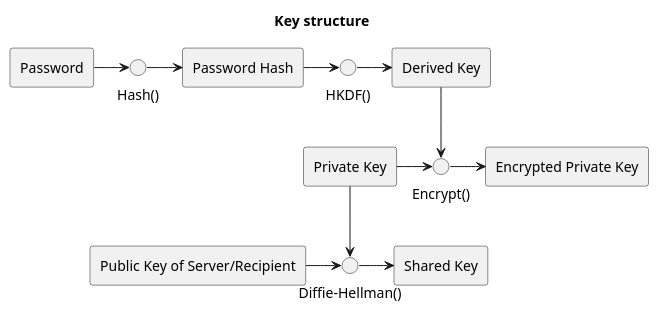
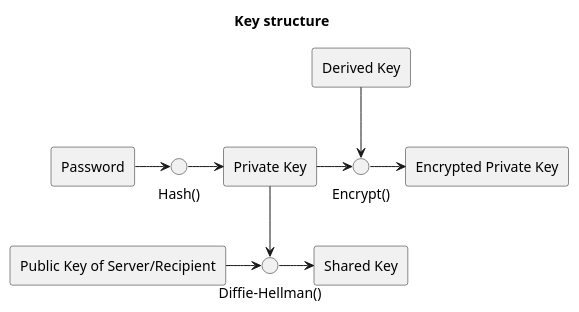
The diagram in docs/key_structure.puml (joflucki/timelock), drawn with PlantUML before and after one commit. The commit also changed 7 other files, not shown here.

```diff
--- a/docs/key_structure.puml
+++ b/docs/key_structure.puml
@@ -1,33 +1,29 @@
 @startuml
 title Key structure
 
 rectangle "Password" as P
-rectangle "Password Hash" as PH
 rectangle "Derived Key" as K
 rectangle "Shared Key" as SK
 rectangle "Private Key" as PK
 rectangle "Encrypted Private Key" as EPK
 rectangle "Public Key of Server/Recipient" as UK
 
 
 circle "Hash()" as H
-circle "HKDF()" as KDF
 circle "Diffie-Hellman()" as DH
 circle "Encrypt()" as E
 
 
 P -> H
-H -> PH 
-PH -> KDF
-KDF -> K
+H -> PK
 
 
 K --> E
 PK -> E
 E -> EPK
 
 UK -> DH
 PK --> DH
 DH -> SK
 
 @enduml
```
